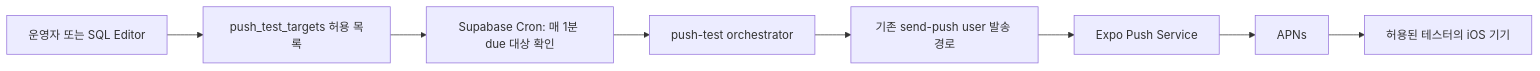
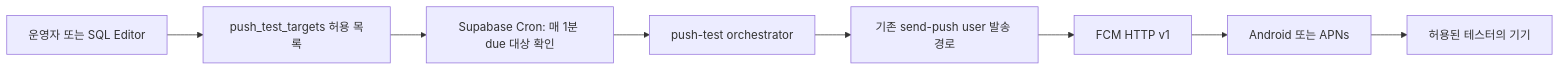
Before and after one commit to soundspeedskye/zaringovy: the diagram in docs/04-push-tester-mode.md, drawn with Mermaid. The commit also changed other lines of this file and 2 other files, not shown here.

Commit message:
FCM 푸시 운영 및 테스트 문서 갱신

````diff
--- a/docs/04-push-tester-mode.md
+++ b/docs/04-push-tester-mode.md
@@ -40,10 +40,10 @@
 ```mermaid
 flowchart LR
     A[운영자 또는 SQL Editor] --> B[push_test_targets 허용 목록]
     B --> C[Supabase Cron: 매 1분 due 대상 확인]
     C --> D[push-test orchestrator]
     D --> E[기존 send-push user 발송 경로]
-    E --> F[Expo Push Service]
-    F --> G[APNs]
-    G --> H[허용된 테스터의 iOS 기기]
+    E --> F[FCM HTTP v1]
+    F --> G[Android 또는 APNs]
+    G --> H[허용된 테스터의 기기]
 ```
````
